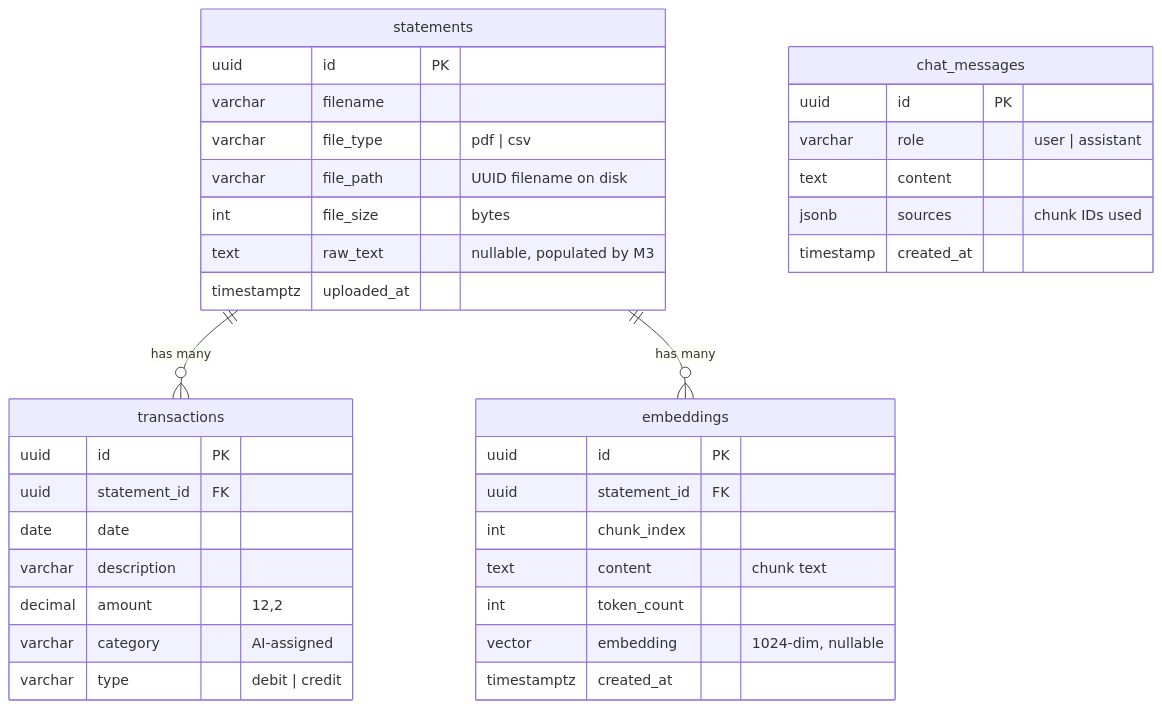
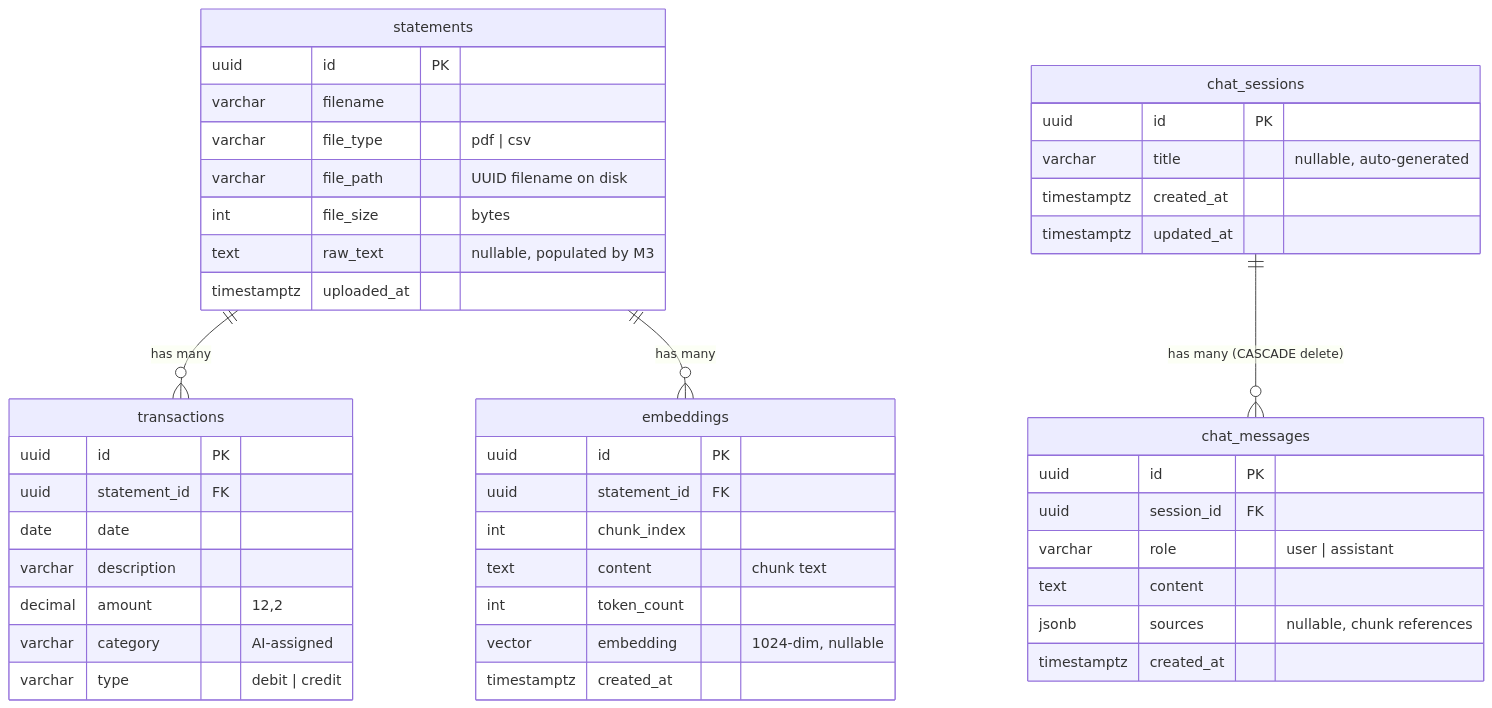
The fourth of 7 diagrams in docs/architecture.md (darth-dodo/ledger), drawn with Mermaid before and after one commit. The commit also changed other lines of this file and 72 other files, not shown here.

````diff
--- a/docs/architecture.md
+++ b/docs/architecture.md
@@ -157,43 +217,52 @@
 ```mermaid
 erDiagram
     statements {
         uuid id PK
         varchar filename
         varchar file_type "pdf | csv"
         varchar file_path "UUID filename on disk"
         int file_size "bytes"
         text raw_text "nullable, populated by M3"
         timestamptz uploaded_at
     }
 
     transactions {
         uuid id PK
         uuid statement_id FK
         date date
         varchar description
         decimal amount "12,2"
         varchar category "AI-assigned"
         varchar type "debit | credit"
     }
 
     embeddings {
         uuid id PK
         uuid statement_id FK
         int chunk_index
         text content "chunk text"
         int token_count
         vector embedding "1024-dim, nullable"
         timestamptz created_at
     }
 
+    chat_sessions {
+        uuid id PK
+        varchar title "nullable, auto-generated"
+        timestamptz created_at
+        timestamptz updated_at
+    }
+
     chat_messages {
         uuid id PK
+        uuid session_id FK
         varchar role "user | assistant"
         text content
-        jsonb sources "chunk IDs used"
-        timestamp created_at
+        jsonb sources "nullable, chunk references"
+        timestamptz created_at
     }
 
     statements ||--o{ transactions : "has many"
     statements ||--o{ embeddings : "has many"
+    chat_sessions ||--o{ chat_messages : "has many (CASCADE delete)"
 ```
````
